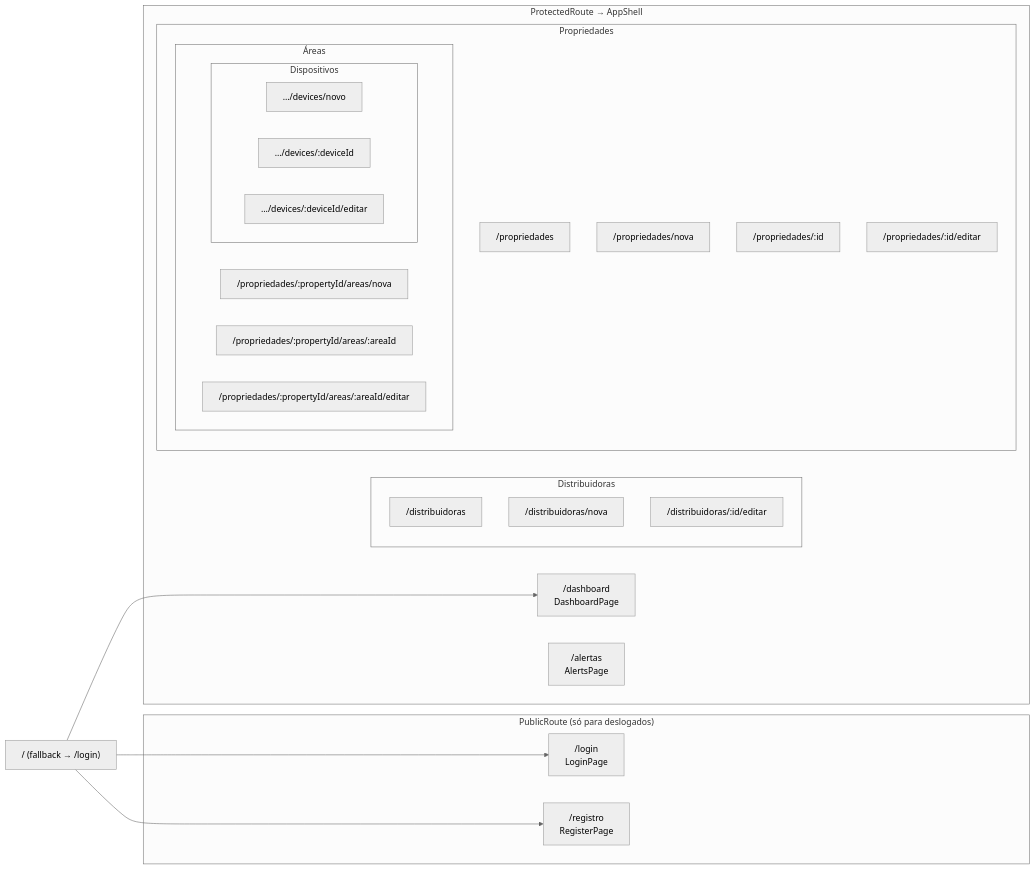
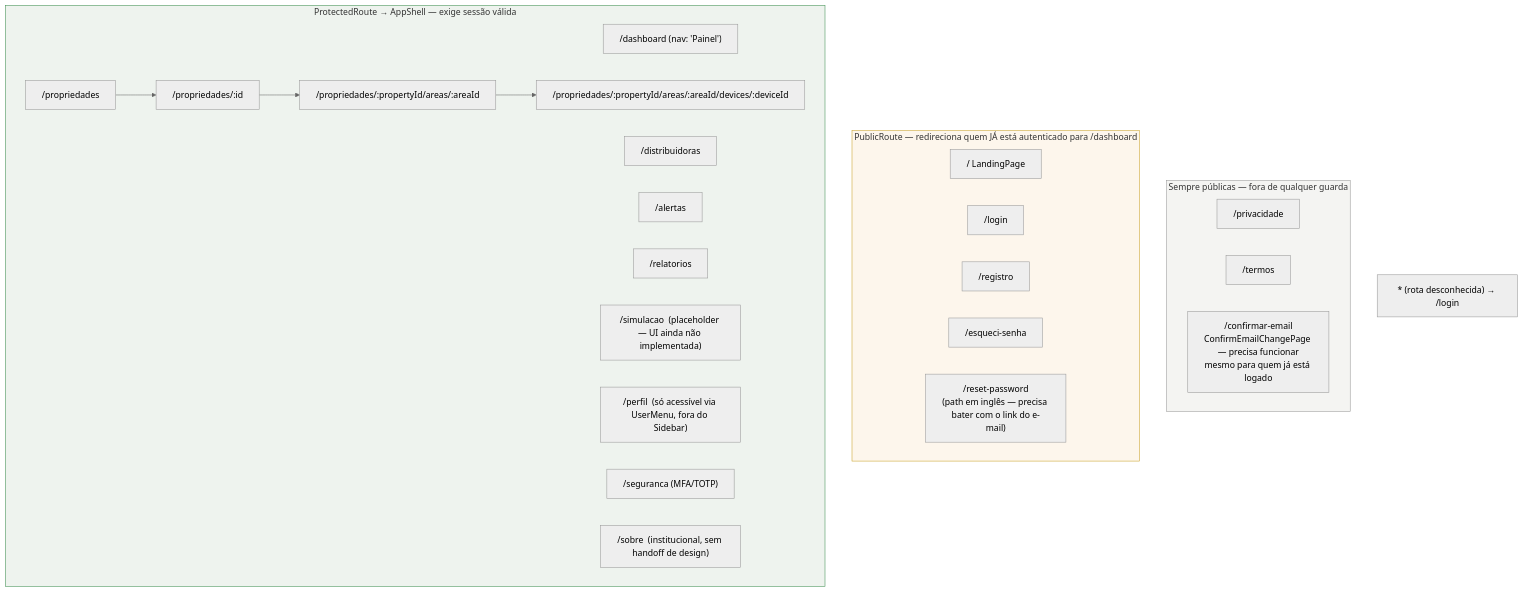
One commit to viniciussartini/lumitrack changed the first of 4 diagrams in frontend/README.md. Above: the diagram before and after it, drawn with Mermaid (neutral theme). The commit also changed other lines of this file and 1 other file, not shown here.

````diff
--- a/frontend/README.md
+++ b/frontend/README.md
@@ -249,44 +104,39 @@
 ```mermaid
-flowchart LR
-    ROOT["/ (fallback → /login)"]
-
-    subgraph PUBLIC["PublicRoute (só para deslogados)"]
-        LOGIN["/login\nLoginPage"]
-        REGISTRO["/registro\nRegisterPage"]
+flowchart TB
+    subgraph FREE["Sempre públicas — fora de qualquer guarda"]
+        PRIV["/privacidade"]
+        TERM["/termos"]
+        CONF["/confirmar-email<br/>ConfirmEmailChangePage — precisa funcionar<br/>mesmo para quem já está logado"]
     end
 
-    subgraph PRIVATE["ProtectedRoute → AppShell"]
-        DASH["/dashboard\nDashboardPage"]
-
-        subgraph DIST["Distribuidoras"]
-            D1["/distribuidoras"]
-            D2["/distribuidoras/nova"]
-            D3["/distribuidoras/:id/editar"]
-        end
-
-        subgraph PROP["Propriedades"]
-            P1["/propriedades"]
-            P2["/propriedades/nova"]
-            P3["/propriedades/:id"]
-            P4["/propriedades/:id/editar"]
-
-            subgraph AREA["Áreas"]
-                A1["/propriedades/:propertyId/areas/nova"]
-                A2["/propriedades/:propertyId/areas/:areaId"]
-                A3["/propriedades/:propertyId/areas/:areaId/editar"]
-
-                subgraph DEV["Dispositivos"]
-                    DV1["…/devices/novo"]
-                    DV2["…/devices/:deviceId"]
-                    DV3["…/devices/:deviceId/editar"]
-                end
-            end
-        end
-
-        ALERTS["/alertas\nAlertsPage"]
+    subgraph PUB["PublicRoute — redireciona quem JÁ está autenticado para /dashboard"]
+        ROOT["/  LandingPage"]
+        LOGIN["/login"]
+        REG["/registro"]
+        FORGOT["/esqueci-senha"]
+        RESET["/reset-password<br/>(path em inglês — precisa bater com o link do e-mail)"]
     end
 
-    ROOT --> LOGIN
-    ROOT --> REGISTRO
-    ROOT --> DASH
+    subgraph PROT["ProtectedRoute → AppShell — exige sessão válida"]
+        DASH["/dashboard  (nav: 'Painel')"]
+        DIST["/distribuidoras"]
+        PROP["/propriedades"]
+        PROPD["/propriedades/:id"]
+        AREAD["/propriedades/:propertyId/areas/:areaId"]
+        DEVD["/propriedades/:propertyId/areas/:areaId/devices/:deviceId"]
+        ALERT["/alertas"]
+        REP["/relatorios"]
+        SIM["/simulacao  (placeholder — UI ainda não implementada)"]
+        PERF["/perfil  (só acessível via UserMenu, fora do Sidebar)"]
+        SEC["/seguranca  (MFA/TOTP)"]
+        SOBRE["/sobre  (institucional, sem handoff de design)"]
+    end
+
+    FALLBACK["* (rota desconhecida) → /login"]
+
+    PROP --> PROPD --> AREAD --> DEVD
+
+    style FREE fill:#f4f4f2,stroke:#999
+    style PUB fill:#fdf6ec,stroke:#c9a227
+    style PROT fill:#eef3ee,stroke:#3f8f52
 ```
````
